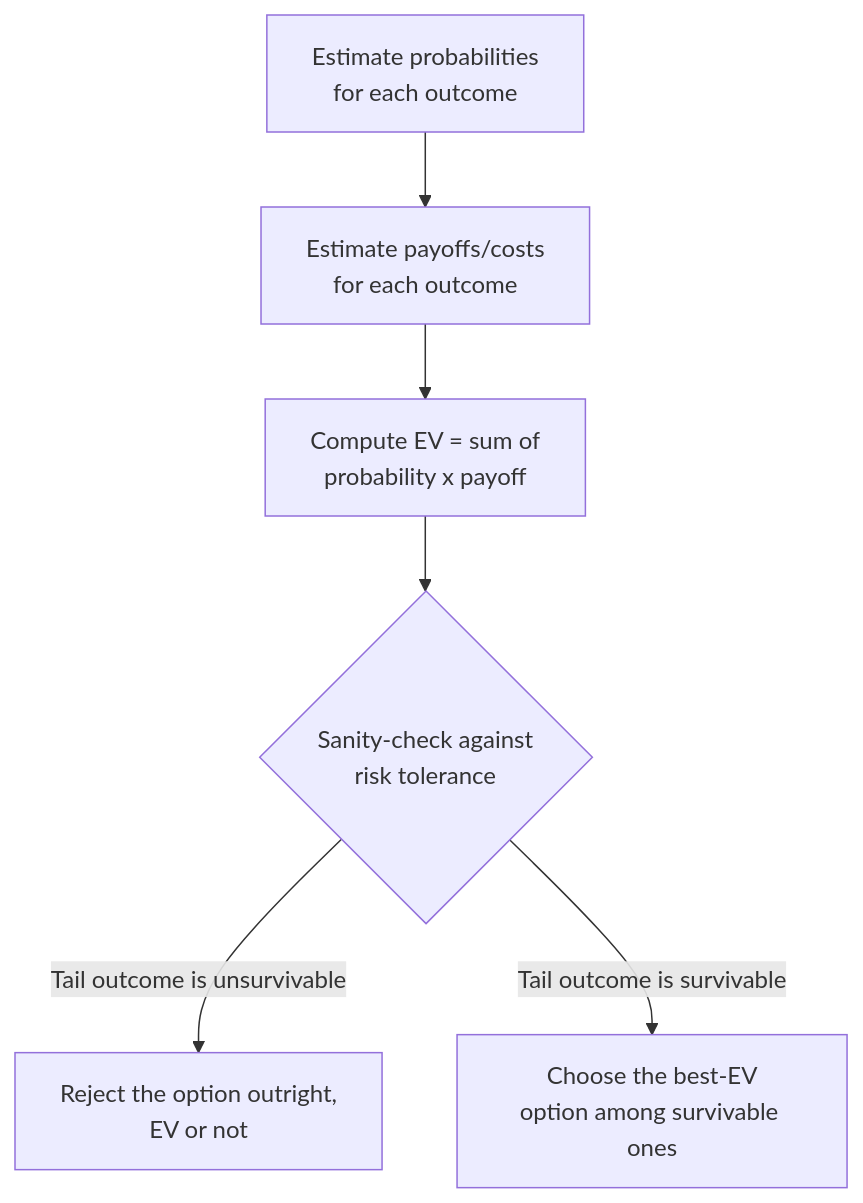
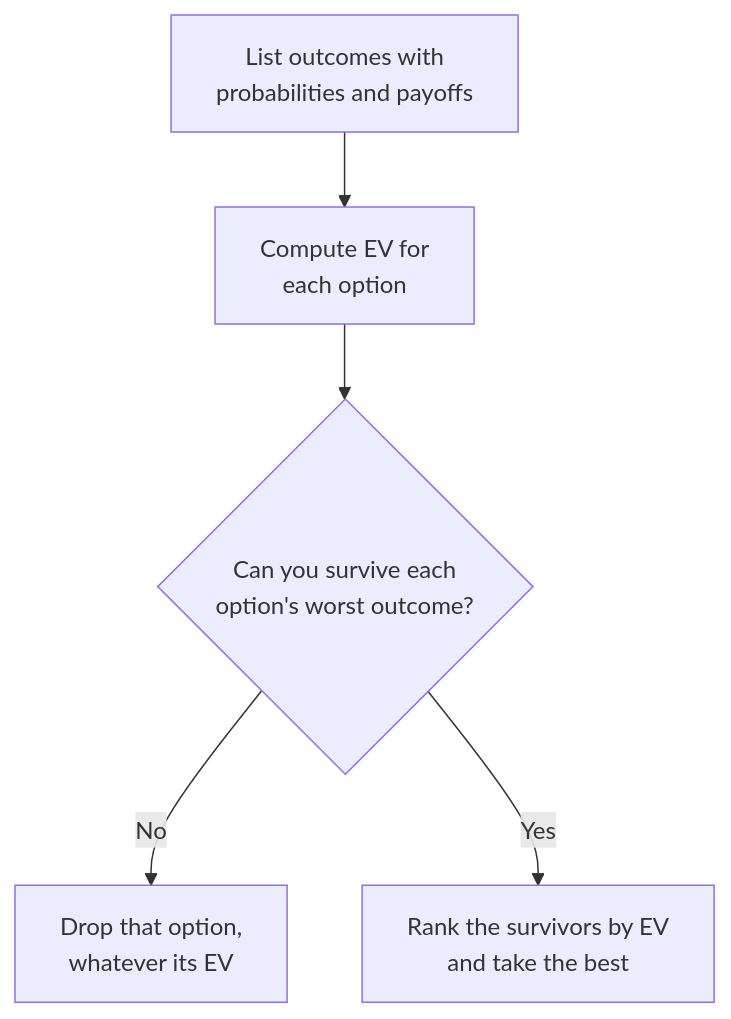
One commit to francoandreDev/knowledge changed the diagram in src/content/logic/expected-value/L2-concept.mdx. Above: the diagram before and after it, drawn with Mermaid. The commit also changed other lines of this file and 3 other files, not shown here.

````diff
--- a/src/content/logic/expected-value/L2-concept.mdx
+++ b/src/content/logic/expected-value/L2-concept.mdx
@@ -38,8 +46,7 @@
 ```mermaid
 flowchart TD
-    A["Estimate probabilities\nfor each outcome"] --> B["Estimate payoffs/costs\nfor each outcome"]
-    B --> C["Compute EV = sum of\nprobability x payoff"]
-    C --> D{"Sanity-check against\nrisk tolerance"}
-    D -- "Tail outcome is unsurvivable" --> E["Reject the option outright,\nEV or not"]
-    D -- "Tail outcome is survivable" --> F["Choose the best-EV\noption among survivable ones"]
+    A["List outcomes with\nprobabilities and payoffs"] --> B["Compute EV for\neach option"]
+    B --> C{"Can you survive each\noption's worst outcome?"}
+    C -- "No" --> D["Drop that option,\nwhatever its EV"]
+    C -- "Yes" --> E["Rank the survivors by EV\nand take the best"]
 ```
````
